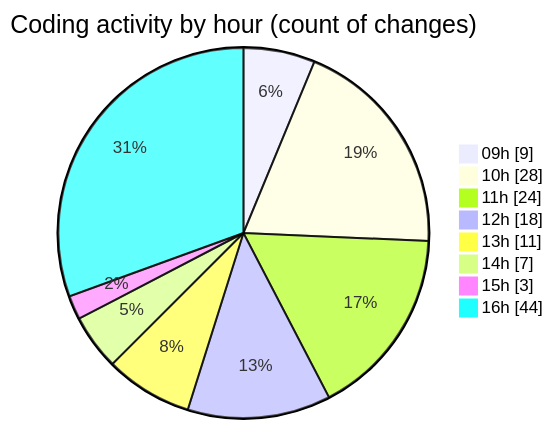
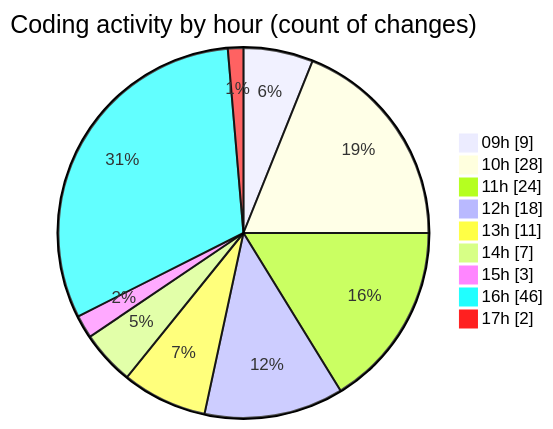
One commit to momahboobian/code-tracking changed the second of 2 diagrams in 2025-09-18/cda/README.md. Above: the diagram before and after it, drawn with Mermaid. The commit also changed other lines of this file and 1 other file, not shown here.

````diff
--- a/2025-09-18/cda/README.md
+++ b/2025-09-18/cda/README.md
@@ -39,12 +39,13 @@
 ```mermaid
 pie showData
 title Coding activity by hour (count of changes)
 "09h" : 9
 "10h" : 28
 "11h" : 24
 "12h" : 18
 "13h" : 11
 "14h" : 7
 "15h" : 3
-"16h" : 44
+"16h" : 46
+"17h" : 2
 ```
````
